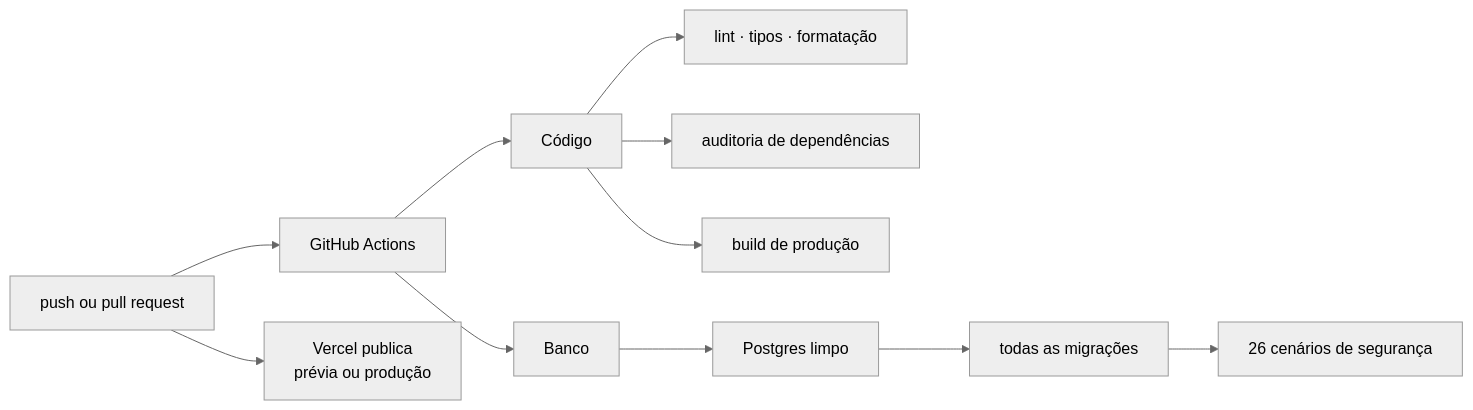
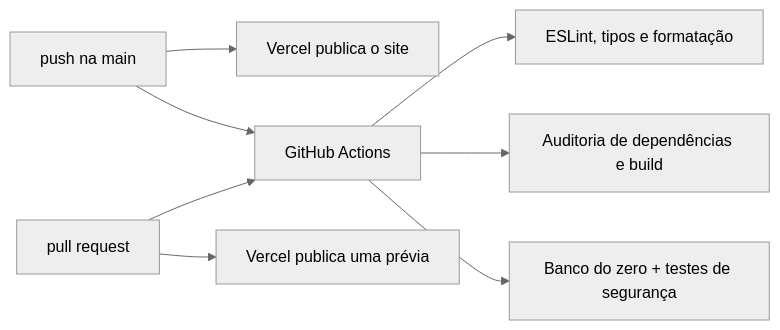
The third of 3 diagrams in README.md (higornovocardoso/Central-de-Chamados), drawn with Mermaid (neutral theme) before and after one commit. The commit also changed other lines of this file and 9 other files, not shown here.

````diff
--- a/README.md
+++ b/README.md
@@ -203,13 +198,10 @@
 ```mermaid
 flowchart LR
-    A[push ou pull request] --> B[GitHub Actions]
-    A --> V[Vercel publica<br/>prévia ou produção]
-    B --> C[Código]
-    B --> D[Banco]
-    C --> C1[lint · tipos · formatação]
-    C --> C2[auditoria de dependências]
-    C --> C3[build de produção]
-    D --> D1[Postgres limpo]
-    D1 --> D2[todas as migrações]
-    D2 --> D3[26 cenários de segurança]
+    A[push na main] --> B[Vercel publica o site]
+    A --> C[GitHub Actions]
+    P[pull request] --> C
+    P --> V[Vercel publica uma prévia]
+    C --> D[ESLint, tipos e formatação]
+    C --> E[Auditoria de dependências e build]
+    C --> F[Banco do zero + testes de segurança]
 ```
````
